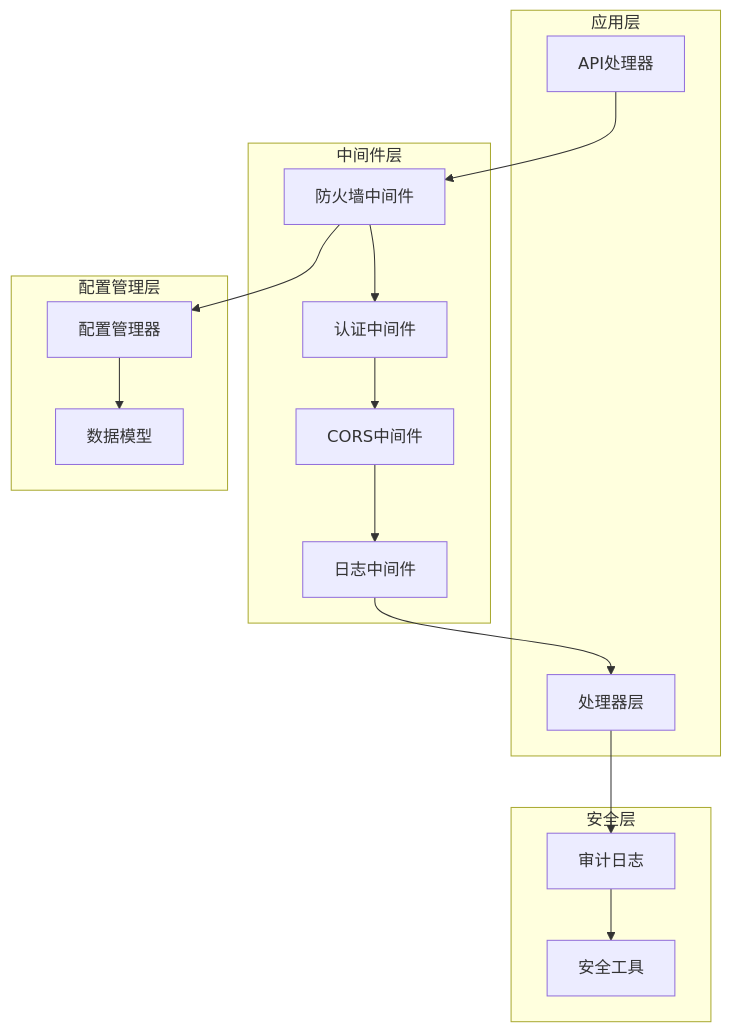
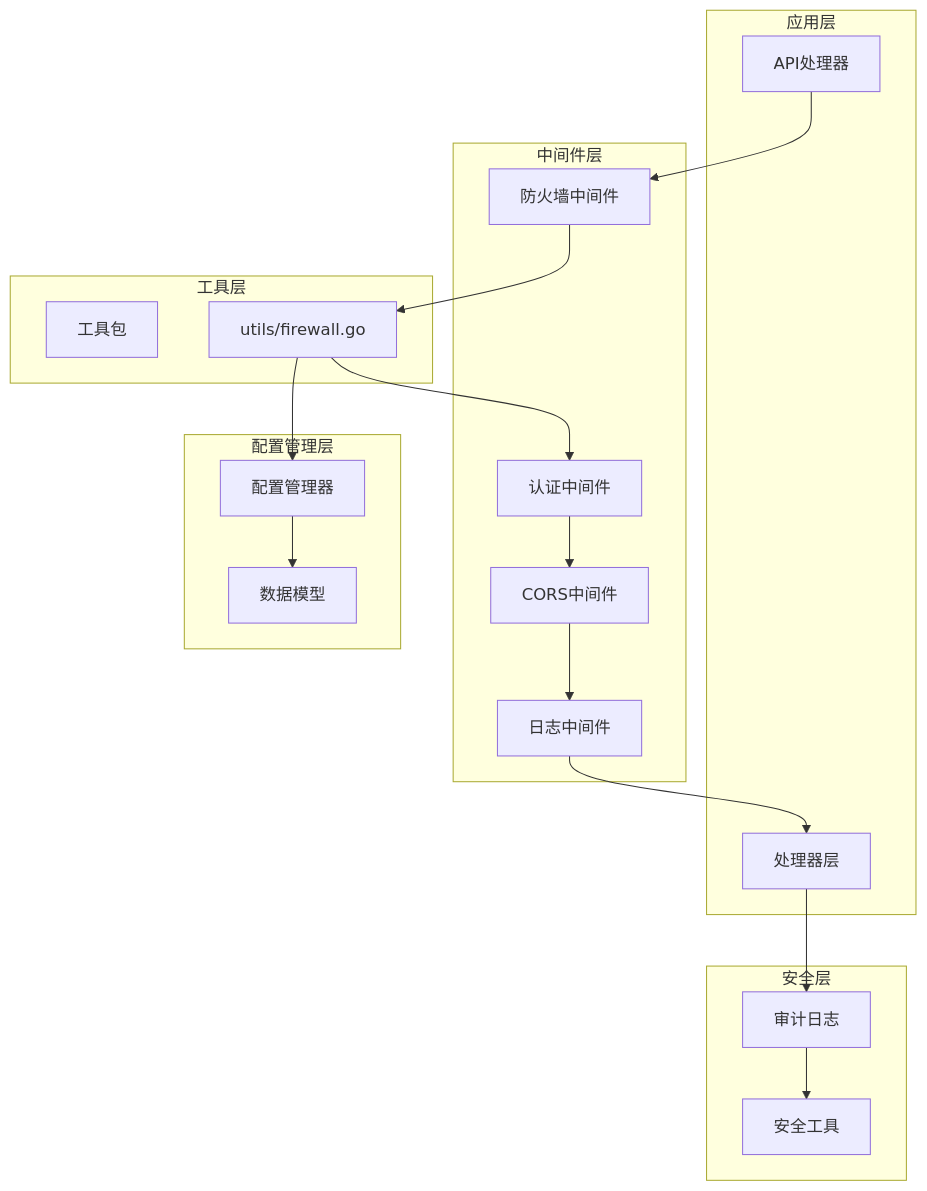
One commit to yanfanvip/caddy-manager changed the first of 8 diagrams in .qoder/repowiki/zh/content/核心模块/中间件系统/防火墙中间件.md. Above: the diagram before and after it, drawn with Mermaid. The commit also changed other lines of this file and 7 other files, not shown here.

````diff
--- a/.qoder/repowiki/zh/content/核心模块/中间件系统/防火墙中间件.md
+++ b/.qoder/repowiki/zh/content/核心模块/中间件系统/防火墙中间件.md
@@ -40,30 +49,35 @@
 ```mermaid
 graph TB
 subgraph "应用层"
 API[API处理器]
 Handlers[处理器层]
 end
 subgraph "中间件层"
 Firewall[防火墙中间件]
 Auth[认证中间件]
 CORS[CORS中间件]
 Logger[日志中间件]
 end
+subgraph "工具层"
+Utils[工具包]
+UtilsFirewall[utils/firewall.go]
+end
 subgraph "配置管理层"
 Config[配置管理器]
 Models[数据模型]
 end
 subgraph "安全层"
 Audit[审计日志]
 Security[安全工具]
 end
 API --> Firewall
-Firewall --> Auth
+Firewall --> UtilsFirewall
+UtilsFirewall --> Auth
 Auth --> CORS
 CORS --> Logger
 Logger --> Handlers
-Firewall --> Config
+UtilsFirewall --> Config
 Config --> Models
 Handlers --> Audit
 Audit --> Security
 ```
````
